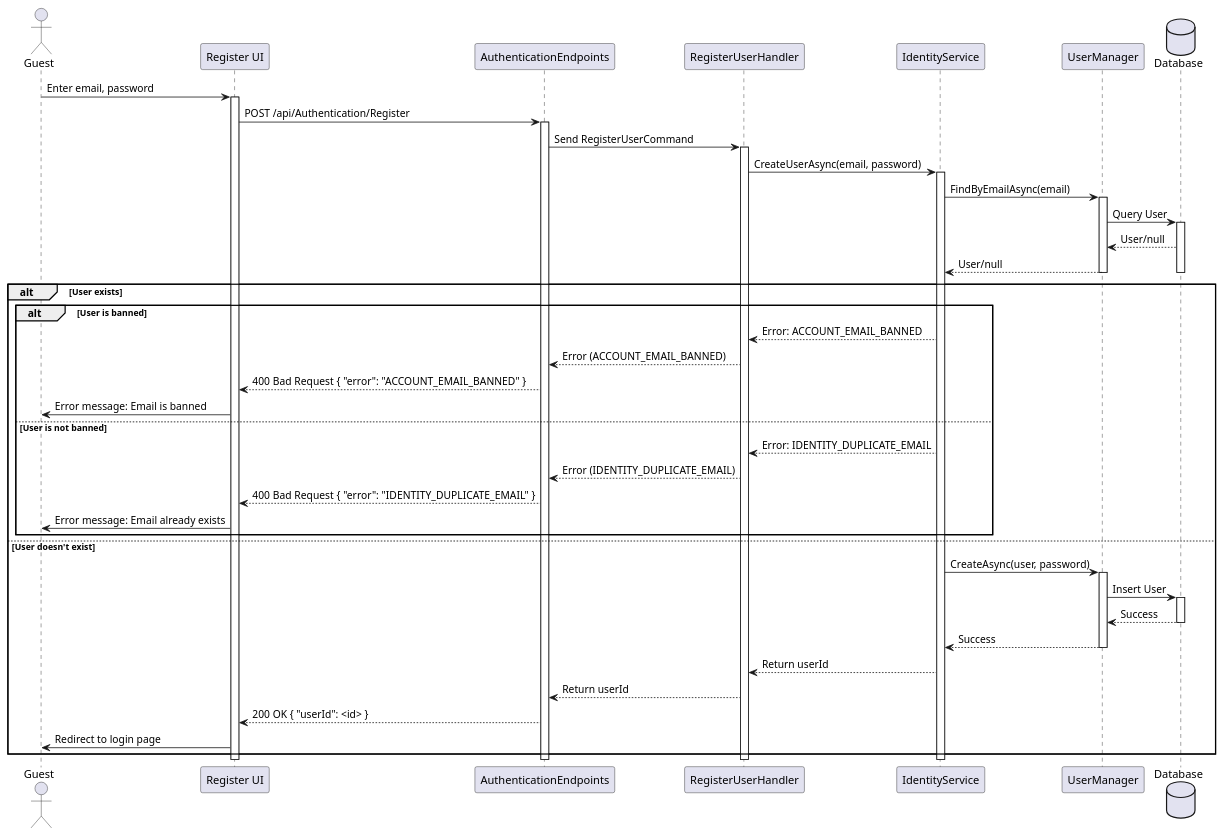
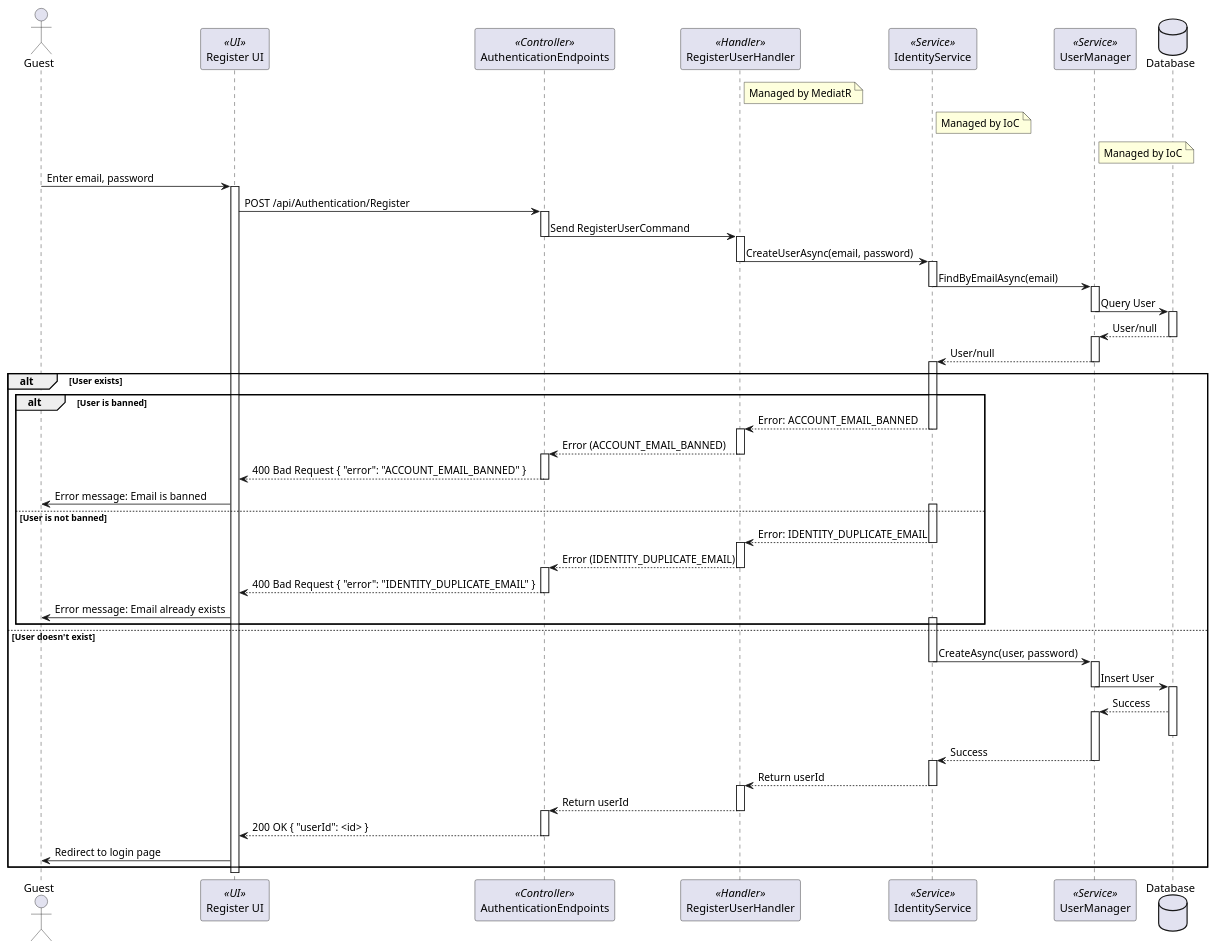
Before and after one commit to thanhkhac/SEP_Diagram: the diagram in authentication/sequence/01_Register.puml, drawn with PlantUML. The commit also changed 30 other files, not shown here.

Commit message:
Enhance sequence diagrams with detailed flow and roles

```diff
--- a/authentication/sequence/01_Register.puml
+++ b/authentication/sequence/01_Register.puml
@@ -1,58 +1,96 @@
 @startuml
 actor Guest as User
-participant "Register UI" as UI
-participant AuthenticationEndpoints
-participant RegisterUserHandler
-participant IdentityService
-participant UserManager
+participant "Register UI"  as UI <<UI>>
+participant AuthenticationEndpoints <<Controller>>
+participant RegisterUserHandler <<Handler>>
+participant IdentityService <<Service>>
+participant UserManager <<Service>>
 Database Database
+
+note right of RegisterUserHandler
+  Managed by MediatR
+end note
+
+note right of IdentityService
+  Managed by IoC
+end note
+
+note right of UserManager
+  Managed by IoC
+end note
 
 User -> UI : Enter email, password
 activate UI
 UI -> AuthenticationEndpoints : POST /api/Authentication/Register
 activate AuthenticationEndpoints
 AuthenticationEndpoints -> RegisterUserHandler : Send RegisterUserCommand
+deactivate AuthenticationEndpoints
 activate RegisterUserHandler
 RegisterUserHandler -> IdentityService : CreateUserAsync(email, password)
+deactivate RegisterUserHandler
 activate IdentityService
 IdentityService -> UserManager : FindByEmailAsync(email)
+deactivate IdentityService
 activate UserManager
 UserManager -> Database : Query User
+deactivate UserManager
 activate Database
 Database --> UserManager : User/null
+deactivate Database
+activate UserManager
 UserManager --> IdentityService : User/null
-deactivate Database
+deactivate UserManager
+activate IdentityService
 deactivate UserManager
 alt User exists
     alt User is banned
-
         IdentityService --> RegisterUserHandler : Error: ACCOUNT_EMAIL_BANNED
+        deactivate IdentityService
+        activate RegisterUserHandler
         RegisterUserHandler --> AuthenticationEndpoints : Error (ACCOUNT_EMAIL_BANNED)
+        deactivate RegisterUserHandler
+        activate AuthenticationEndpoints
         AuthenticationEndpoints --> UI : 400 Bad Request { "error": "ACCOUNT_EMAIL_BANNED" }
+        deactivate AuthenticationEndpoints
         UI -> User : Error message: Email is banned
     else User is not banned
         deactivate UserManager
+        activate IdentityService
         IdentityService --> RegisterUserHandler : Error: IDENTITY_DUPLICATE_EMAIL
+        deactivate IdentityService
+        activate RegisterUserHandler
         RegisterUserHandler --> AuthenticationEndpoints : Error (IDENTITY_DUPLICATE_EMAIL)
+        deactivate RegisterUserHandler
+        activate AuthenticationEndpoints
         AuthenticationEndpoints --> UI : 400 Bad Request { "error": "IDENTITY_DUPLICATE_EMAIL" }
+        deactivate AuthenticationEndpoints
         UI -> User : Error message: Email already exists
+        activate IdentityService
     end
 else User doesn't exist
     IdentityService -> UserManager : CreateAsync(user, password)
+    deactivate IdentityService
     activate UserManager
     UserManager -> Database : Insert User
+    deactivate UserManager
     activate Database
+    deactivate UserManager
     Database --> UserManager : Success
+    activate UserManager
     deactivate Database
     UserManager --> IdentityService : Success
     deactivate UserManager
+    activate IdentityService
     IdentityService --> RegisterUserHandler : Return userId
+    deactivate IdentityService
+    activate RegisterUserHandler
     RegisterUserHandler --> AuthenticationEndpoints : Return userId
+    deactivate RegisterUserHandler
+    activate AuthenticationEndpoints
     AuthenticationEndpoints --> UI : 200 OK { "userId": <id> }
+    deactivate AuthenticationEndpoints
     UI -> User : Redirect to login page
 end
-deactivate IdentityService
-deactivate RegisterUserHandler
-deactivate AuthenticationEndpoints
+
 deactivate UI
 @enduml
```
